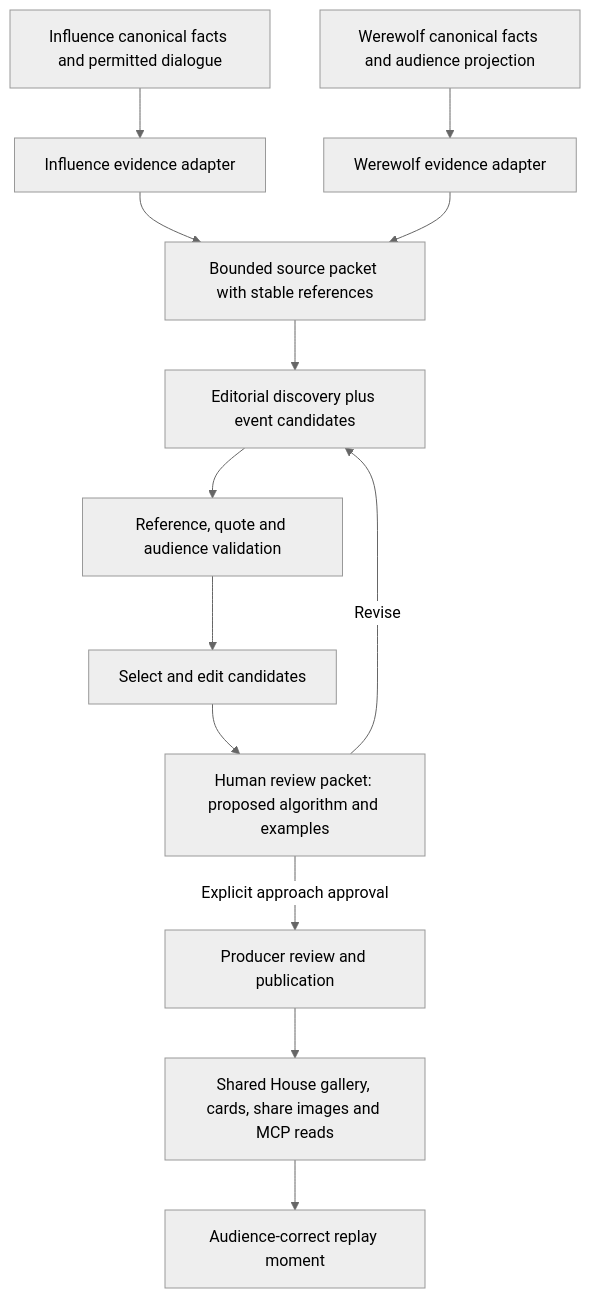
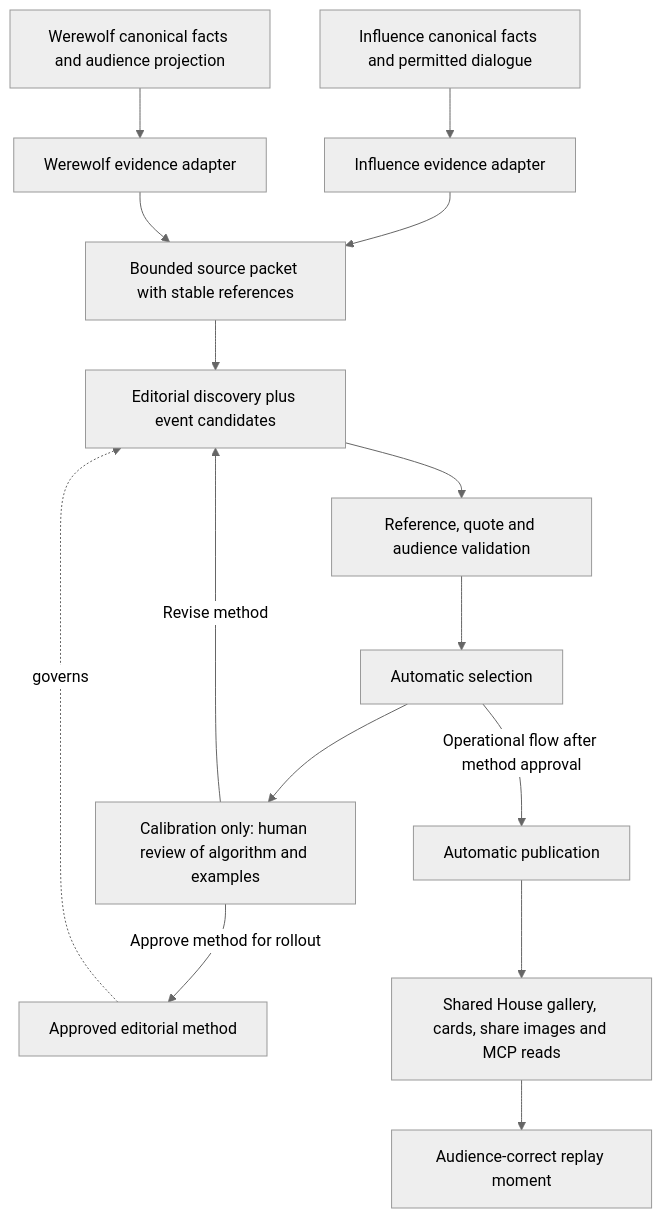
Before and after one commit to 0xFlicker/influence-game: the diagram in docs/plans/2026-10-04-001-feat-house-cuts-editorial-discovery.md, drawn with Mermaid (neutral theme). The commit also changed other lines of this file and 59 other files, not shown here.

````diff
--- a/docs/plans/2026-10-04-001-feat-house-cuts-editorial-discovery.md
+++ b/docs/plans/2026-10-04-001-feat-house-cuts-editorial-discovery.md
@@ -39,15 +39,17 @@
 ```mermaid
 flowchart TD
   I[Influence canonical facts and permitted dialogue] --> IA[Influence evidence adapter]
   W[Werewolf canonical facts and audience projection] --> WA[Werewolf evidence adapter]
   IA --> S[Bounded source packet with stable references]
   WA --> S
   S --> D[Editorial discovery plus event candidates]
   D --> V[Reference, quote and audience validation]
-  V --> E[Select and edit candidates]
-  E --> R[Human review packet: proposed algorithm and examples]
-  R -->|Revise| D
-  R -->|Explicit approach approval| P[Producer review and publication]
+  V --> E[Automatic selection]
+  E --> R[Calibration only: human review of algorithm and examples]
+  R -->|Revise method| D
+  R -->|Approve method for rollout| A[Approved editorial method]
+  A -. governs .-> D
+  E -->|Operational flow after method approval| P[Automatic publication]
   P --> H[Shared House gallery, cards, share images and MCP reads]
   H --> L[Audience-correct replay moment]
 ```
````
